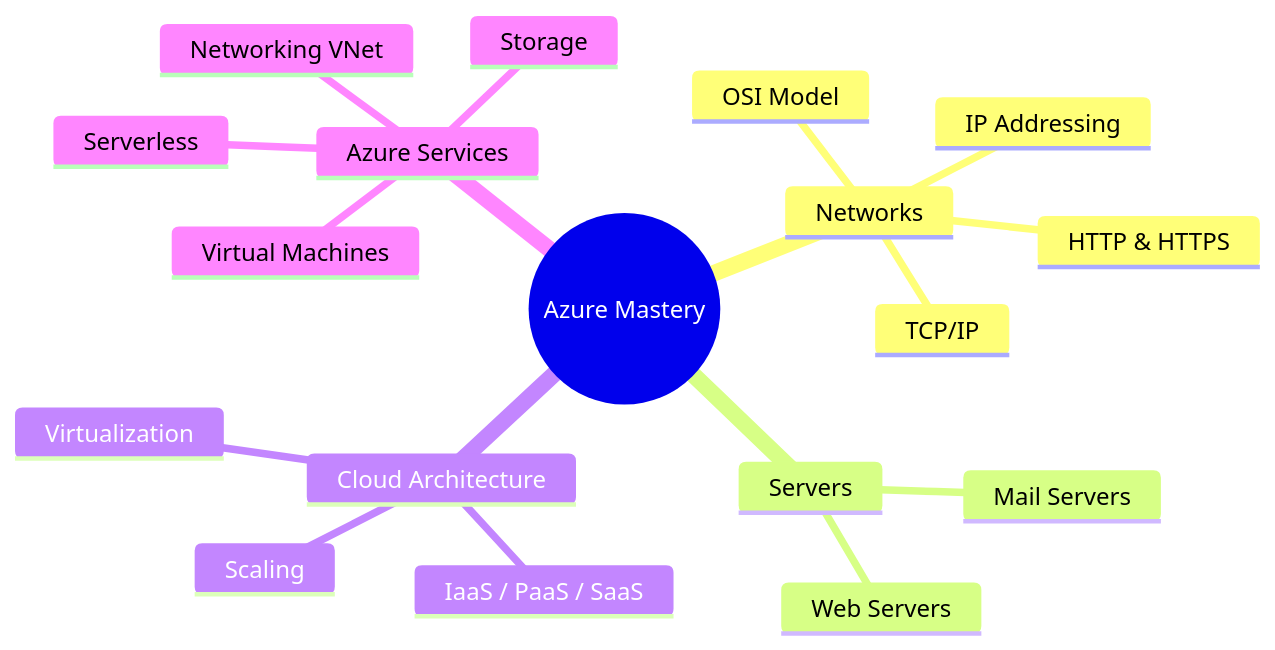
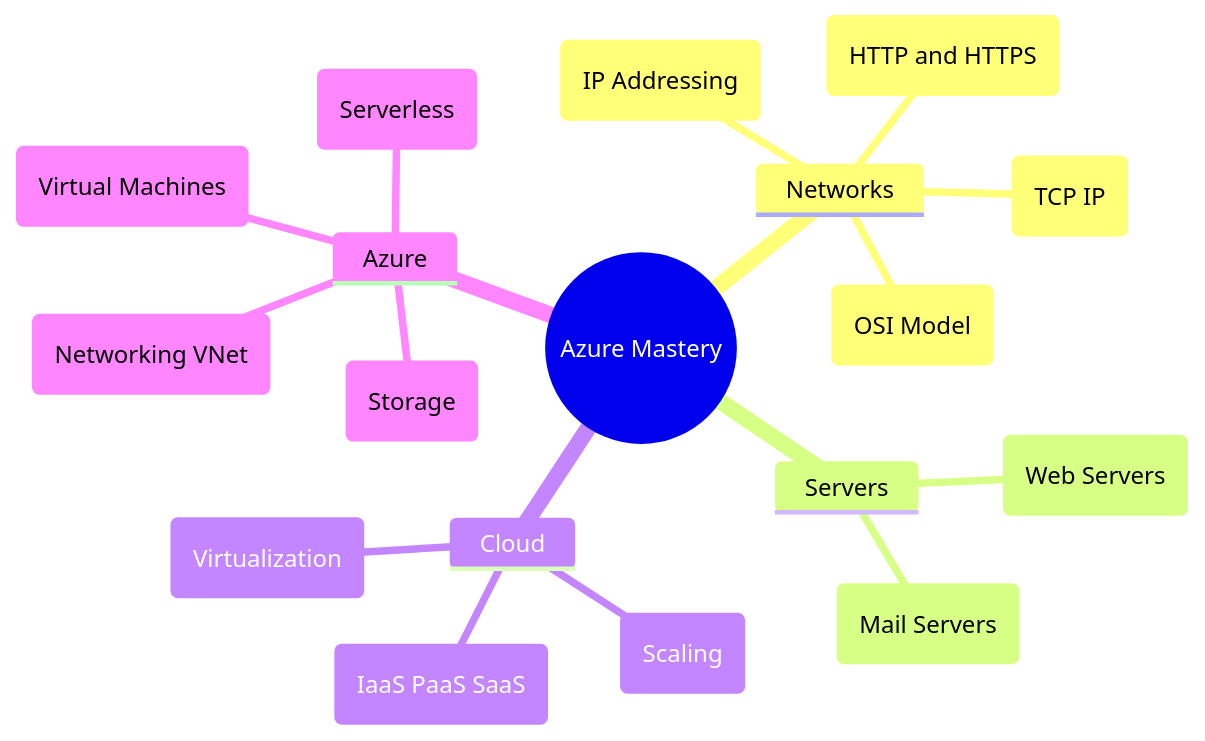
The diagram in README.md (itspriyanshuks17/azure_learning), drawn with Mermaid before and after one commit. The commit also changed other lines of this file, not shown here.

Commit message:
fix(docs): resolve mermaid mindmap syntax error by using id(Label) format

````diff
--- a/README.md
+++ b/README.md
@@ -14,21 +14,21 @@
 ```mermaid
 mindmap
   root((Azure Mastery))
     Networks
-      IP Addressing
-      OSI Model
-      TCP/IP
-      HTTP & HTTPS
+      IP(IP Addressing)
+      OSI(OSI Model)
+      TCPIP(TCP IP)
+      HTTP(HTTP and HTTPS)
     Servers
-      Web Servers
-      Mail Servers
-    Cloud Architecture
-      IaaS / PaaS / SaaS
-      Scaling
-      Virtualization
-    Azure Services
-      Virtual Machines
-      Networking VNet
-      Storage
-      Serverless
+      Web(Web Servers)
+      Mail(Mail Servers)
+    Cloud
+      Models(IaaS PaaS SaaS)
+      Scaling(Scaling)
+      Virt(Virtualization)
+    Azure
+      VM(Virtual Machines)
+      VNet(Networking VNet)
+      Storage(Storage)
+      Serverless(Serverless)
 ```
````
